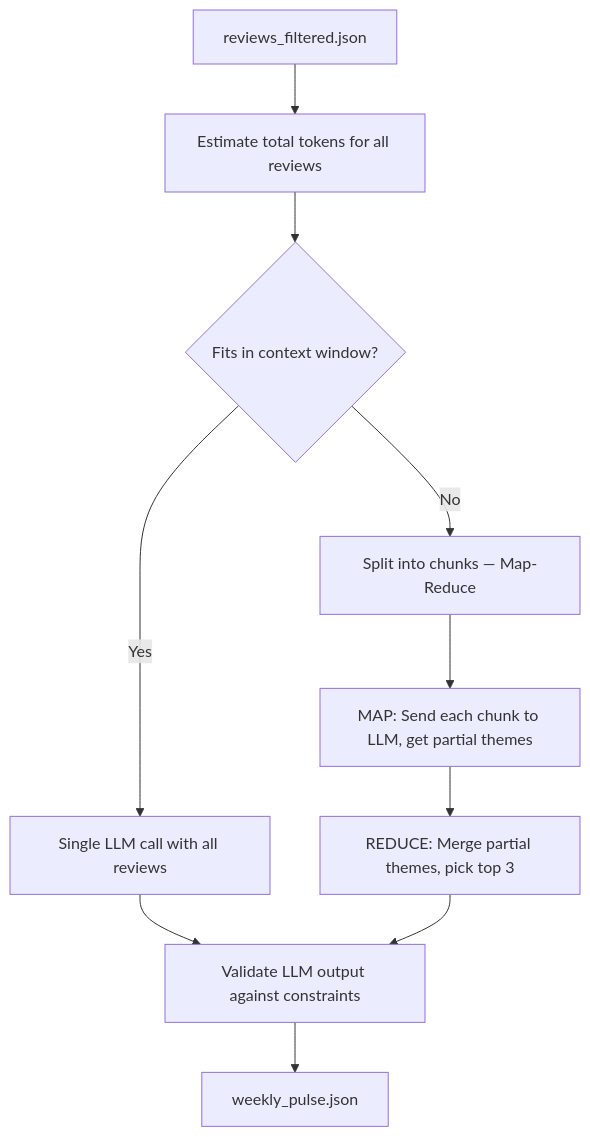
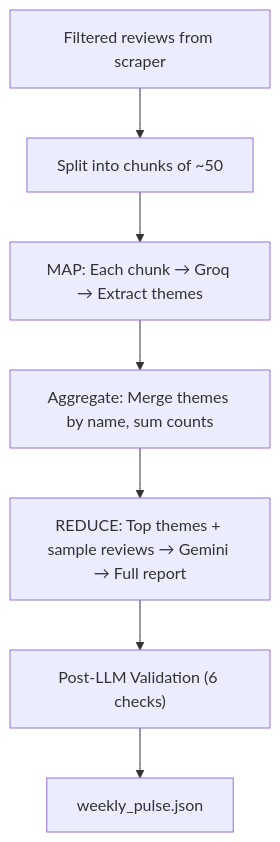
One commit to swayam-kr/M2_MCP_AI_Automation changed the sixth of 11 diagrams in architecture.md. Above: the diagram before and after it, drawn with Mermaid. The commit also changed other lines of this file and 1 other file, not shown here.

Commit message:
Docs: rewrite architecture.md as portfolio playbook + create API_DOCS.md with endpoint specs, MCP protocol, and LLM internals

````diff
--- a/architecture.md
+++ b/architecture.md
@@ -585,12 +386,9 @@
 ```mermaid
 graph TD
-    INPUT["reviews_filtered.json"] --> TOKEN["Estimate total tokens for all reviews"]
-    TOKEN --> FIT{"Fits in context window?"}
-    FIT -->|"Yes"| SINGLE["Single LLM call with all reviews"]
-    FIT -->|"No"| CHUNK["Split into chunks — Map-Reduce"]
-    SINGLE --> VALIDATE["Validate LLM output against constraints"]
-    CHUNK --> MAP["MAP: Send each chunk to LLM, get partial themes"]
-    MAP --> REDUCE["REDUCE: Merge partial themes, pick top 3"]
-    REDUCE --> VALIDATE
+    INPUT["Filtered reviews from scraper"] --> CHUNK["Split into chunks of ~50"]
+    CHUNK --> MAP["MAP: Each chunk → Groq → Extract themes"]
+    MAP --> AGG["Aggregate: Merge themes by name, sum counts"]
+    AGG --> REDUCE["REDUCE: Top themes + sample reviews → Gemini → Full report"]
+    REDUCE --> VALIDATE["Post-LLM Validation (6 checks)"]
     VALIDATE --> OUTPUT["weekly_pulse.json"]
 ```
````
